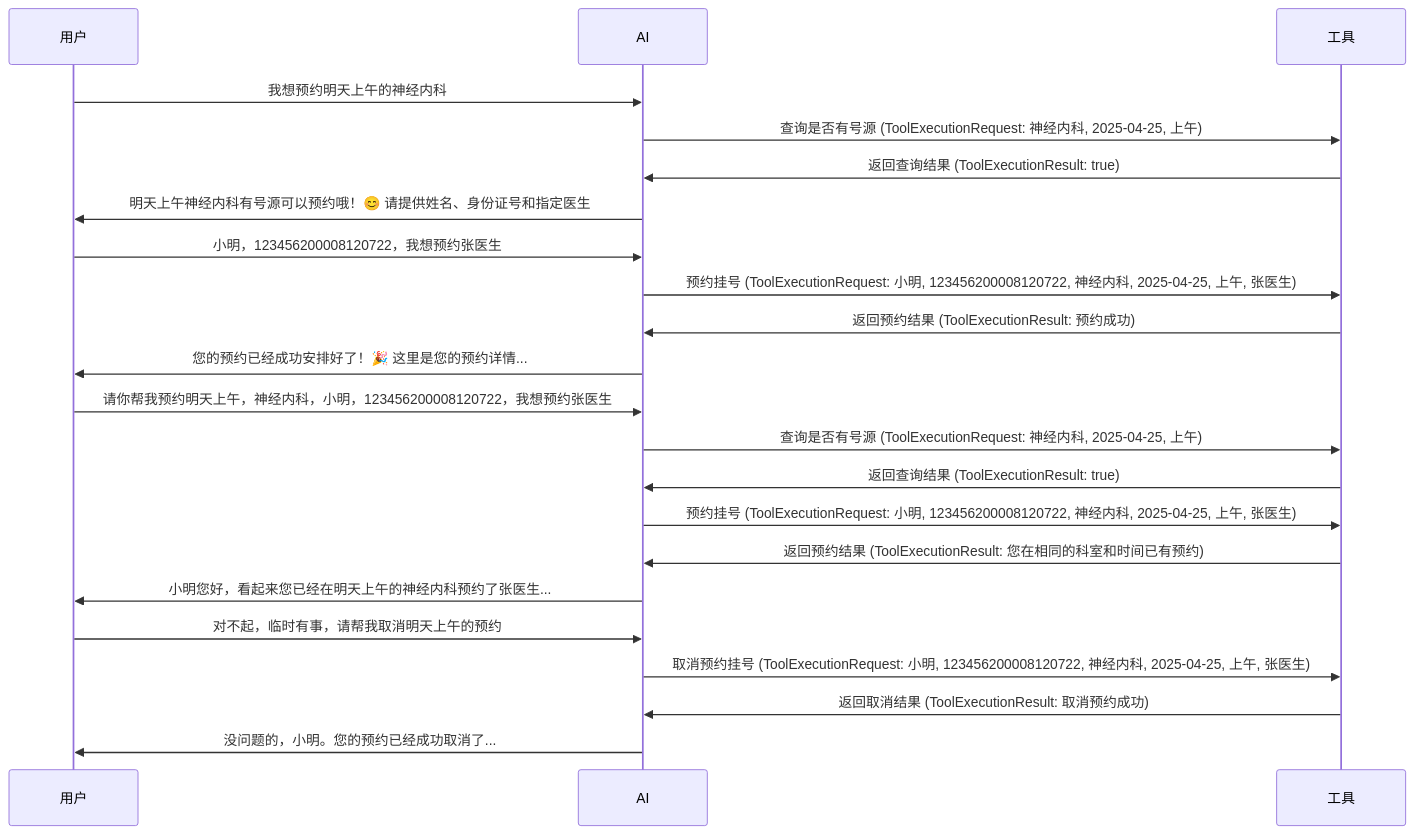
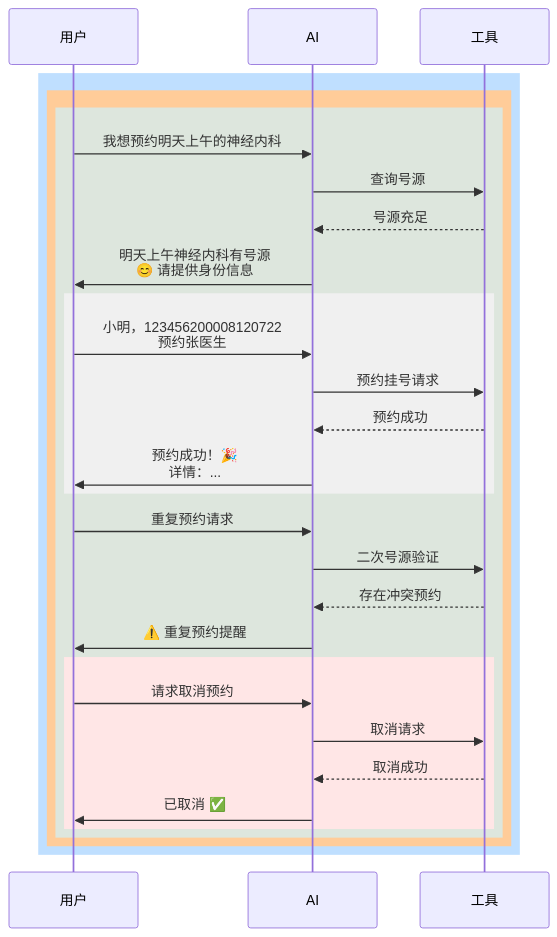
Before and after one commit to zyl9737/java-ai-langchain4j: the second of 2 diagrams in README.md, drawn with Mermaid. The commit also changed other lines of this file, not shown here.

Commit message:
更新README，简化图示

````diff
--- a/README.md
+++ b/README.md
@@ -29,25 +30,39 @@
 ```mermaid
 sequenceDiagram
     participant User as 用户
     participant AI as AI
     participant Tool as 工具
 
+    rect rgb(191, 223, 255)
+    rect rgb(255, 204, 153)
+    rect rgb(221, 230, 221)
+
     User->>AI: 我想预约明天上午的神经内科
-    AI->>Tool: 查询是否有号源 (ToolExecutionRequest: 神经内科, 2025-04-25, 上午)
-    Tool->>AI: 返回查询结果 (ToolExecutionResult: true)
-    AI->>User: 明天上午神经内科有号源可以预约哦！😊 请提供姓名、身份证号和指定医生
-    User->>AI: 小明，123456200008120722，我想预约张医生
-    AI->>Tool: 预约挂号 (ToolExecutionRequest: 小明, 123456200008120722, 神经内科, 2025-04-25, 上午, 张医生)
-    Tool->>AI: 返回预约结果 (ToolExecutionResult: 预约成功)
-    AI->>User: 您的预约已经成功安排好了！🎉 这里是您的预约详情...
-    User->>AI: 请你帮我预约明天上午，神经内科，小明，123456200008120722，我想预约张医生
-    AI->>Tool: 查询是否有号源 (ToolExecutionRequest: 神经内科, 2025-04-25, 上午)
-    Tool->>AI: 返回查询结果 (ToolExecutionResult: true)
-    AI->>Tool: 预约挂号 (ToolExecutionRequest: 小明, 123456200008120722, 神经内科, 2025-04-25, 上午, 张医生)
-    Tool->>AI: 返回预约结果 (ToolExecutionResult: 您在相同的科室和时间已有预约)
-    AI->>User: 小明您好，看起来您已经在明天上午的神经内科预约了张医生...
-    User->>AI: 对不起，临时有事，请帮我取消明天上午的预约
-    AI->>Tool: 取消预约挂号 (ToolExecutionRequest: 小明, 123456200008120722, 神经内科, 2025-04-25, 上午, 张医生)
-    Tool->>AI: 返回取消结果 (ToolExecutionResult: 取消预约成功)
-    AI->>User: 没问题的，小明。您的预约已经成功取消了...
+    AI->>Tool: 查询号源
+    Tool-->>AI: 号源充足
+    AI->>User: 明天上午神经内科有号源<br/>😊 请提供身份信息
+
+    rect rgb(240, 240, 240)
+    User->>AI: 小明，123456200008120722<br/>预约张医生
+    AI->>Tool: 预约挂号请求
+    Tool-->>AI: 预约成功
+    AI->>User: 预约成功！🎉<br/>详情：...
+    end
+
+    User->>AI: 重复预约请求
+    AI->>Tool: 二次号源验证
+    Tool-->>AI: 存在冲突预约
+    AI->>User: ⚠️ 重复预约提醒
+
+    rect rgb(255, 230, 230)
+    User->>AI: 请求取消预约
+    AI->>Tool: 取消请求
+    Tool-->>AI: 取消成功
+    AI->>User: 已取消 ✅
+    end
+
+    end
+    end
+    end
+
 ```
````
